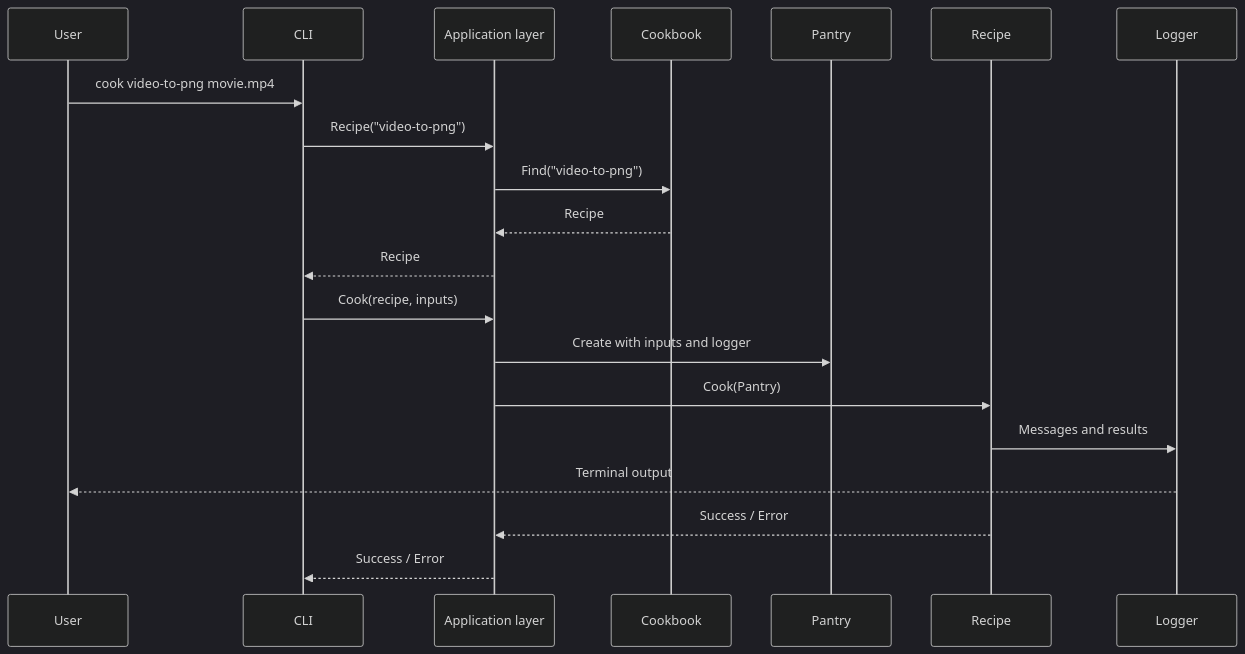
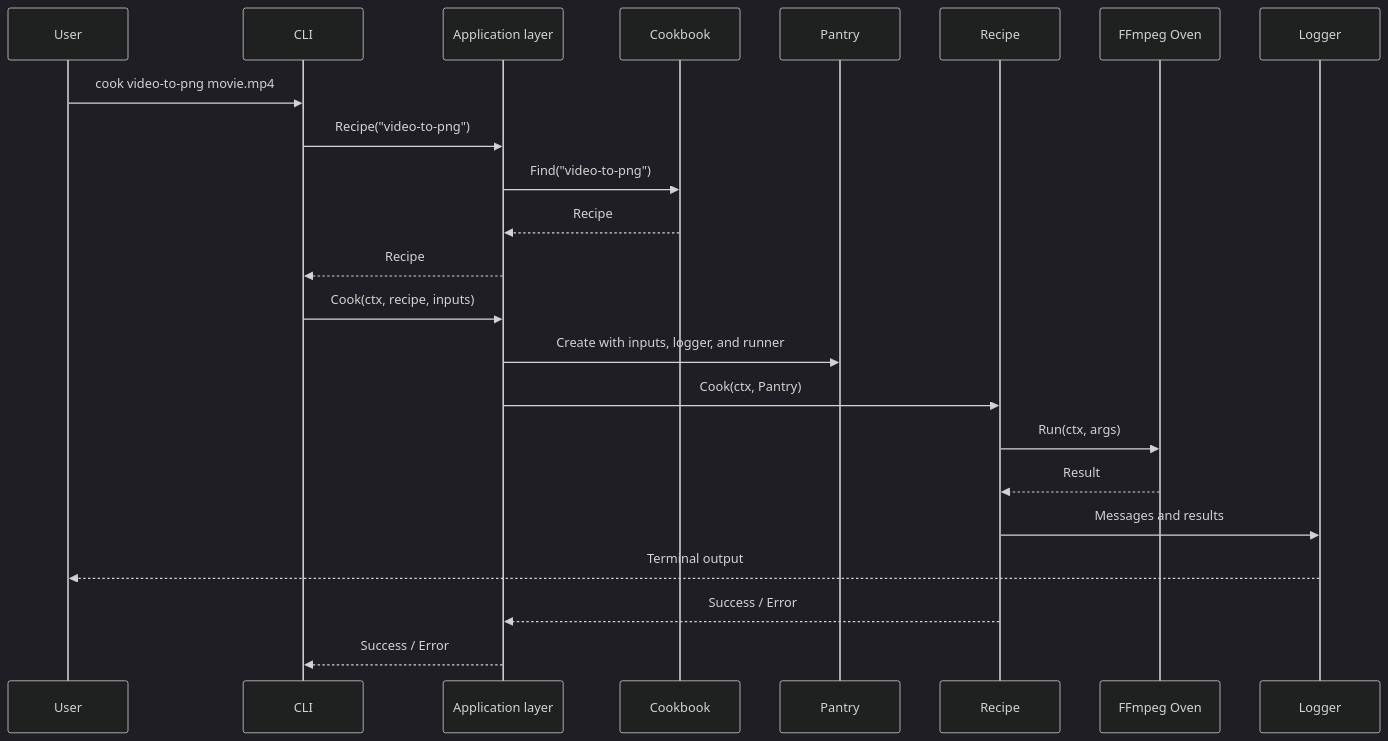
Before and after one commit to Lauloque/ffrecipes: the second of 2 diagrams in docs/architecture.md, drawn with Mermaid (dark theme). The commit also changed other lines of this file and 12 other files, not shown here.

Commit message:
feat: implement video-to-png with an FFmpeg runner

````diff
--- a/docs/architecture.md
+++ b/docs/architecture.md
@@ -44,27 +46,31 @@
 ```mermaid
 sequenceDiagram
     participant User
     participant CLI as CLI
     participant App as Application layer
     participant Cookbook
     participant Pantry
     participant Recipe
+    participant Oven as FFmpeg Oven
     participant Logger
 
     User->>CLI: cook video-to-png movie.mp4
 
     CLI->>App: Recipe("video-to-png")
     App->>Cookbook: Find("video-to-png")
     Cookbook-->>App: Recipe
     App-->>CLI: Recipe
 
-    CLI->>App: Cook(recipe, inputs)
-    App->>Pantry: Create with inputs and logger
-    App->>Recipe: Cook(Pantry)
+    CLI->>App: Cook(ctx, recipe, inputs)
+    App->>Pantry: Create with inputs, logger, and runner
+    App->>Recipe: Cook(ctx, Pantry)
+
+    Recipe->>Oven: Run(ctx, args)
+    Oven-->>Recipe: Result
 
     Recipe->>Logger: Messages and results
     Logger-->>User: Terminal output
 
     Recipe-->>App: Success / Error
     App-->>CLI: Success / Error
 ```
````
